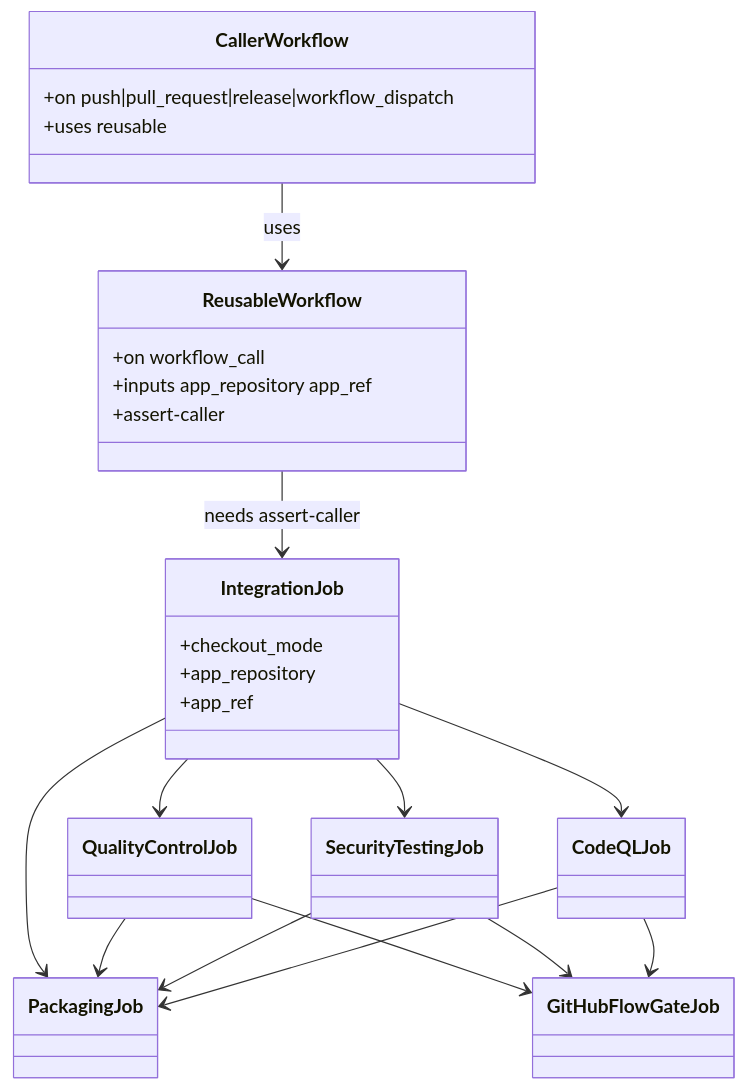
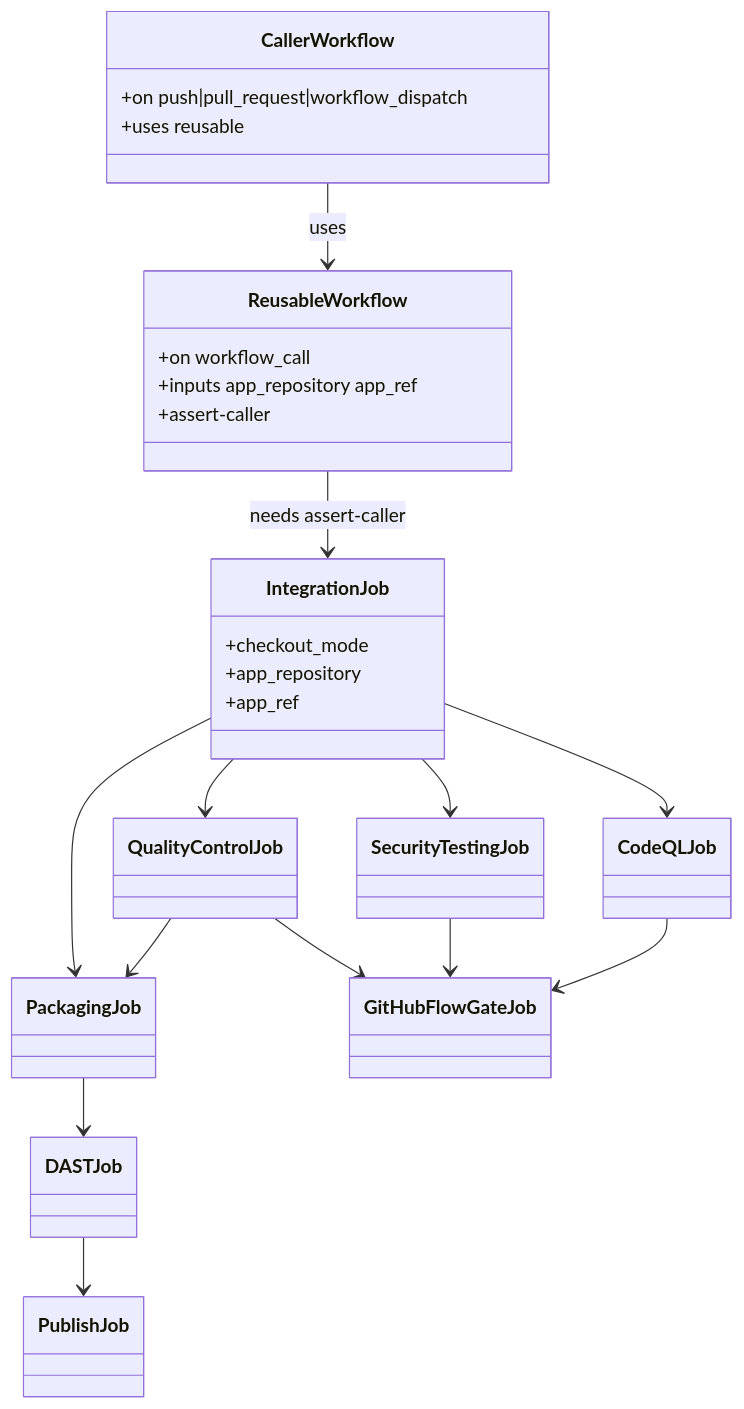
Before and after one commit to Heavy-Rental/heavy-rental-project-pipeline-development: the diagram in haystack-fast-api-pipeline/spdd/prompt/add-haystack-ci-pipeline.md, drawn with Mermaid. The commit also changed other lines of this file and 26 other files, not shown here.

First line of the commit message:
HR-231 Align Haystack pipeline docs with the actual Release caller and job graph.

````diff
--- a/haystack-fast-api-pipeline/spdd/prompt/add-haystack-ci-pipeline.md
+++ b/haystack-fast-api-pipeline/spdd/prompt/add-haystack-ci-pipeline.md
@@ -23,34 +23,36 @@
 ```mermaid
 classDiagram
     class CallerWorkflow {
-      +on push|pull_request|release|workflow_dispatch
+      +on push|pull_request|workflow_dispatch
       +uses reusable
     }
     class ReusableWorkflow {
       +on workflow_call
       +inputs app_repository app_ref
       +assert-caller
     }
     class IntegrationJob {
       +checkout_mode
       +app_repository
       +app_ref
     }
     class QualityControlJob
     class SecurityTestingJob
     class CodeQLJob
     class PackagingJob
+    class DASTJob
+    class PublishJob
     class GitHubFlowGateJob
     CallerWorkflow --> ReusableWorkflow : uses
     ReusableWorkflow --> IntegrationJob : needs assert-caller
     IntegrationJob --> QualityControlJob
     IntegrationJob --> SecurityTestingJob
     IntegrationJob --> CodeQLJob
     IntegrationJob --> PackagingJob
     QualityControlJob --> PackagingJob
-    SecurityTestingJob --> PackagingJob
-    CodeQLJob --> PackagingJob
     QualityControlJob --> GitHubFlowGateJob
     SecurityTestingJob --> GitHubFlowGateJob
     CodeQLJob --> GitHubFlowGateJob
+    PackagingJob --> DASTJob
+    DASTJob --> PublishJob
 ```
````
